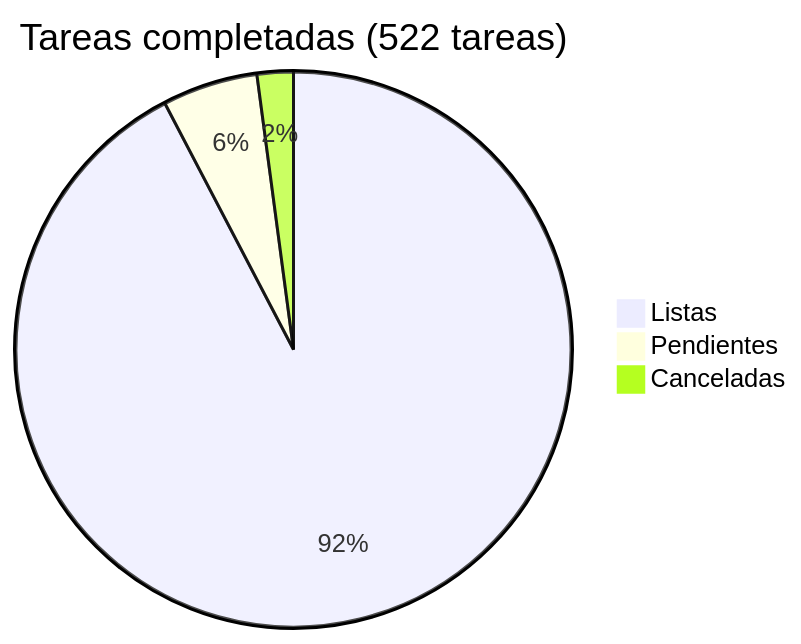
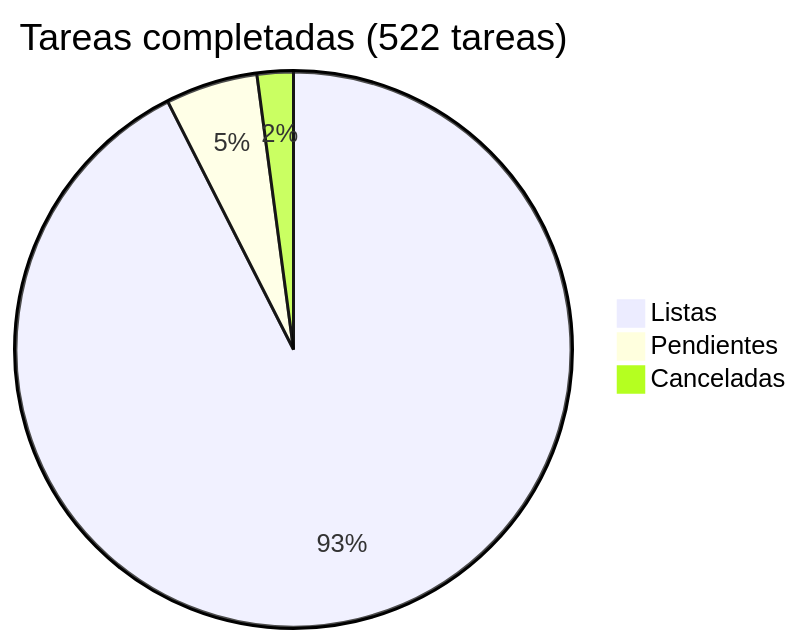
Before and after one commit to araguaney-lat/araguaney: the diagram in docs/roadmap/README.md, drawn with Mermaid. The commit also changed other lines of this file and 1 other file, not shown here.

Commit message:
docs: close phase 29 task 23, Analytics separated and pointing to .org

````diff
--- a/docs/roadmap/README.md
+++ b/docs/roadmap/README.md
@@ -5,6 +5,6 @@
 ```mermaid
 pie title Tareas completadas (522 tareas)
-    "Listas" : 482
-    "Pendientes" : 29
+    "Listas" : 483
+    "Pendientes" : 28
     "Canceladas" : 11
 ```
````
